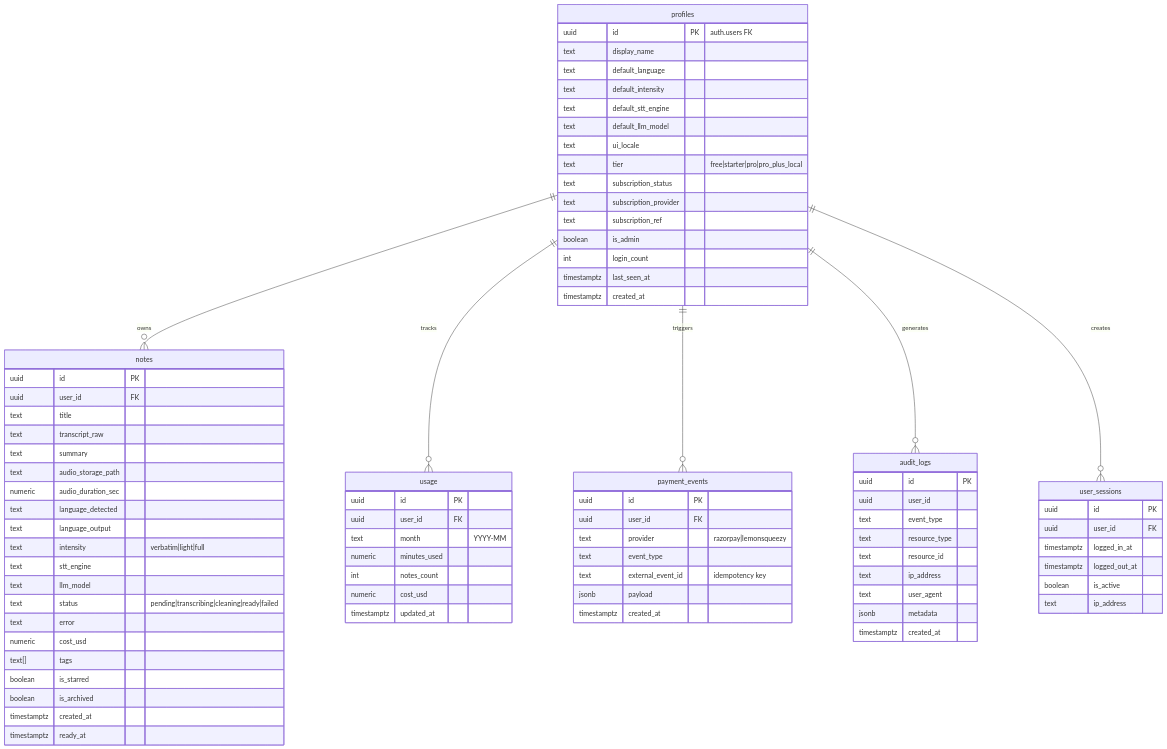
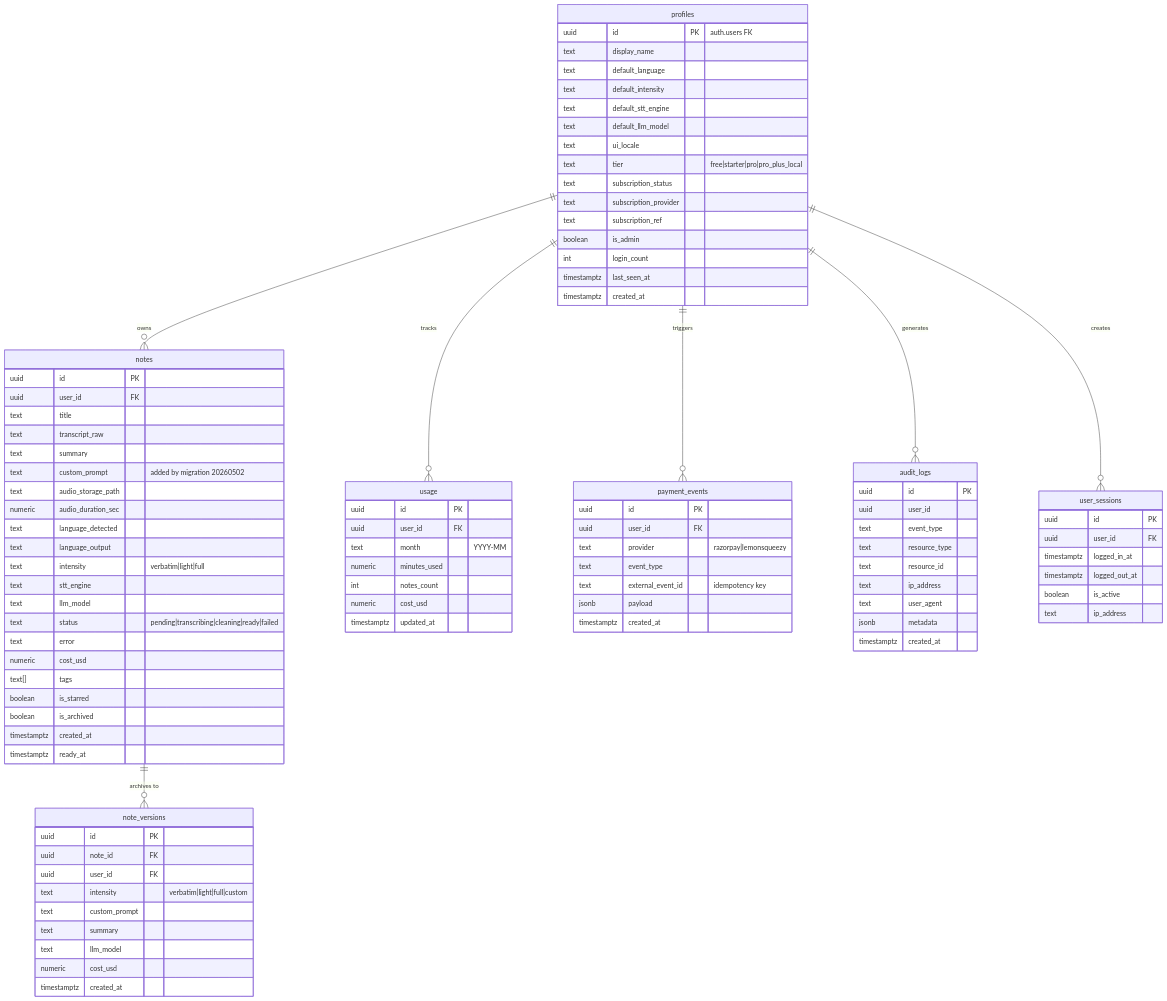
The seventh of 9 diagrams in IMPLEMENTATION.md (vigneshpalanivelr/audio-descriptor), drawn with Mermaid before and after one commit. The commit also changed other lines of this file and 1 other file, not shown here.

```diff
--- a/IMPLEMENTATION.md
+++ b/IMPLEMENTATION.md
@@ -278,6 +278,7 @@
         text title
         text transcript_raw
         text summary
+        text custom_prompt "added by migration 20260502"
         text audio_storage_path
         numeric audio_duration_sec
         text language_detected
@@ -293,6 +294,18 @@
         boolean is_archived
         timestamptz created_at
         timestamptz ready_at
+    }
+
+    note_versions {
+        uuid id PK
+        uuid note_id FK
+        uuid user_id FK
+        text intensity "verbatim|light|full|custom"
+        text custom_prompt
+        text summary
+        text llm_model
+        numeric cost_usd
+        timestamptz created_at
     }
 
     usage {
@@ -337,6 +350,7 @@
     }
 
     profiles ||--o{ notes : "owns"
+    notes ||--o{ note_versions : "archives to"
     profiles ||--o{ usage : "tracks"
     profiles ||--o{ payment_events : "triggers"
     profiles ||--o{ audit_logs : "generates"
```
